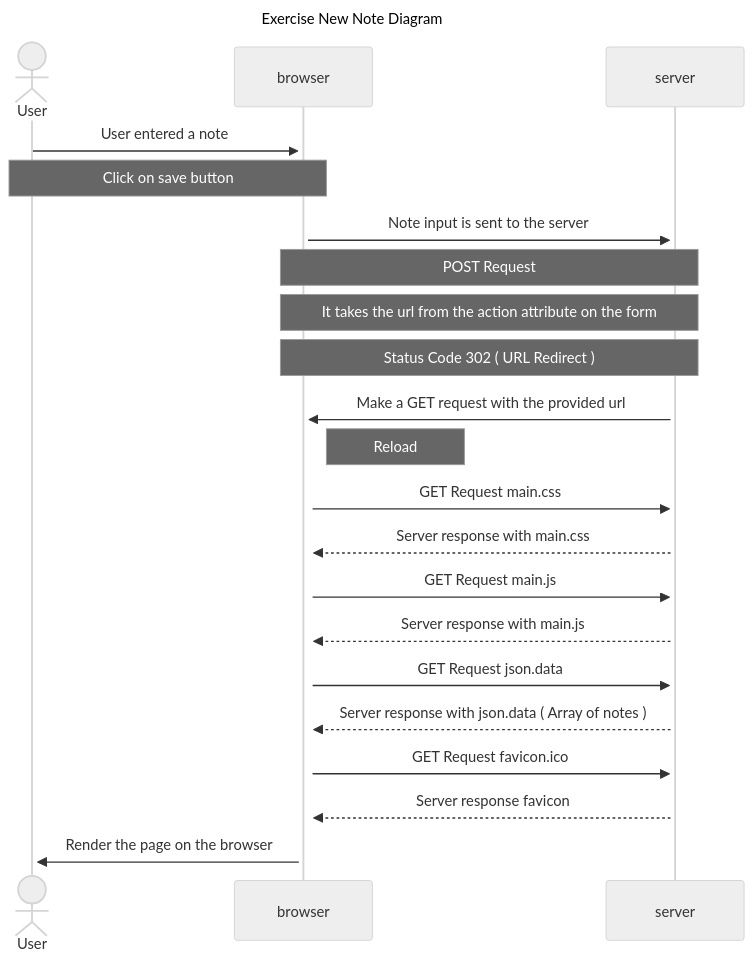
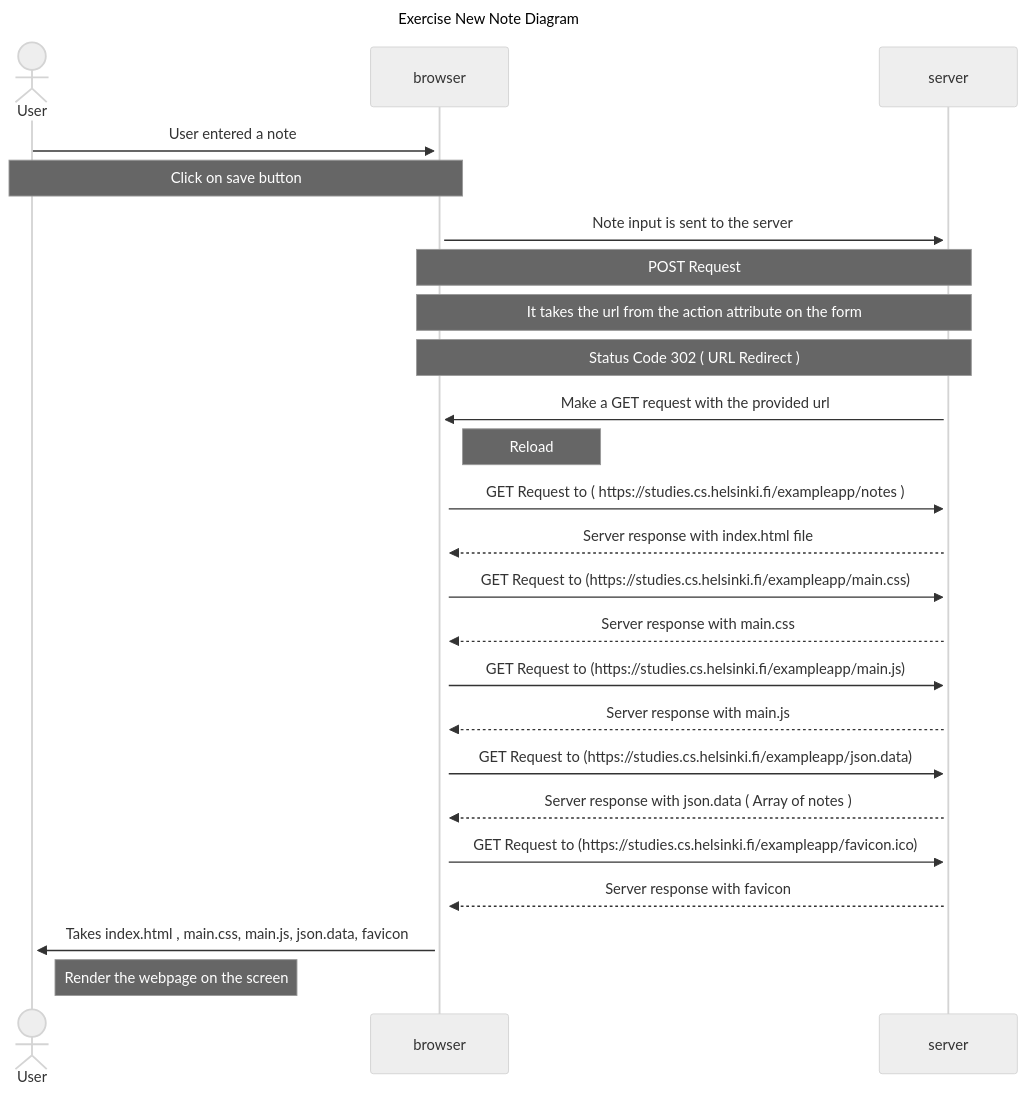
The diagram in part0/0.4-new-note-diagram/README.md (SheriefElnahas/full-stack-open-2023), drawn with Mermaid (neutral theme) before and after one commit.

Commit message:
modifiy 0.4 new note diagram readme

````diff
--- a/part0/0.4-new-note-diagram/README.md
+++ b/part0/0.4-new-note-diagram/README.md
@@ -1,27 +1,30 @@
 ```mermaid
 sequenceDiagram
 title Exercise New Note Diagram
 actor User
 participant browser
 participant server
 
 
     User->>+browser: User entered a note
     Note over User,browser: Click on save button
     browser->>+server: Note input is sent to the server
     Note over browser,server: POST Request
     Note over browser,server: It takes the url from the action attribute on the form
     Note over browser,server: Status Code 302 ( URL Redirect )
     server->>+browser: Make a GET request with the provided url
     Note right of browser: Reload
-    browser->>+server: GET Request  main.css
+    browser->>+server: GET Request to ( https://studies.cs.helsinki.fi/exampleapp/notes )
+    server-->>browser: Server response with index.html file
+    browser->>+server: GET Request  to (https://studies.cs.helsinki.fi/exampleapp/main.css)
     server-->>browser: Server response with main.css
-    browser->>+server: GET Request main.js
+    browser->>+server: GET Request  to (https://studies.cs.helsinki.fi/exampleapp/main.js)
     server-->>browser: Server response with main.js
-    browser->>+server: GET Request json.data
+    browser->>+server: GET Request  to (https://studies.cs.helsinki.fi/exampleapp/json.data)
     server-->>browser: Server response with json.data ( Array of notes )
-    browser->>+server: GET Request favicon.ico
-    server-->>browser: Server response favicon
-    browser->>+User: Render the page on the browser
+    browser->>+server: GET Request  to (https://studies.cs.helsinki.fi/exampleapp/favicon.ico)
+    server-->>browser: Server response with favicon
+    browser->>+User: Takes index.html , main.css, main.js, json.data, favicon
+    Note right of User: Render the webpage on the screen
 
 ```
````
